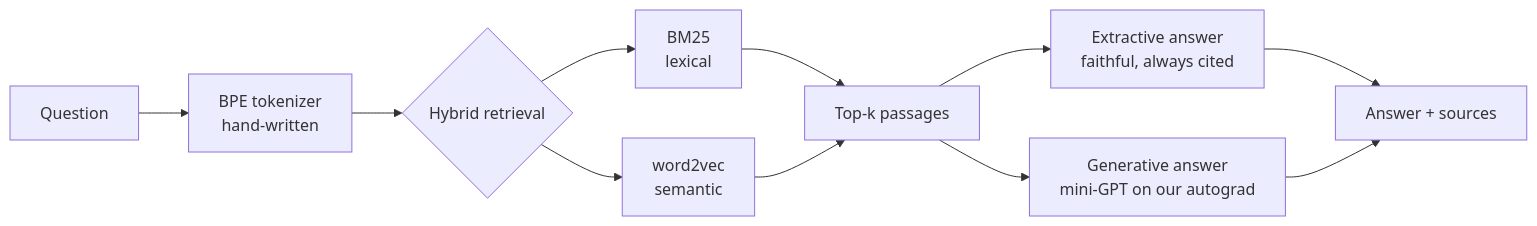
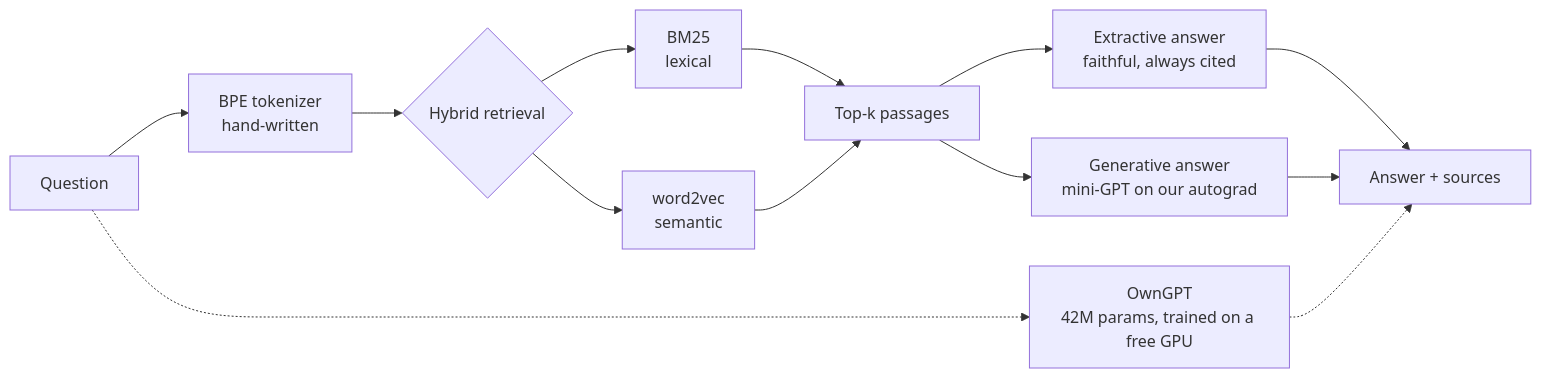
Before and after one commit to Zlarien/OwnAI: the diagram in README.md, drawn with Mermaid. The commit also changed other lines of this file and 1 other file, not shown here.

````diff
--- a/README.md
+++ b/README.md
@@ -12,13 +15,15 @@
 ```mermaid
 flowchart LR
     Q[Question] --> T[BPE tokenizer<br/>hand-written]
     T --> R{Hybrid retrieval}
     R --> BM[BM25<br/>lexical]
     R --> W2[word2vec<br/>semantic]
     BM --> K[Top-k passages]
     W2 --> K
     K --> E[Extractive answer<br/>faithful, always cited]
     K --> G[Generative answer<br/>mini-GPT on our autograd]
     E --> A[Answer + sources]
     G --> A
+    Q -.-> O[OwnGPT<br/>42M params, trained on a free GPU]
+    O -.-> A
 ```
````
